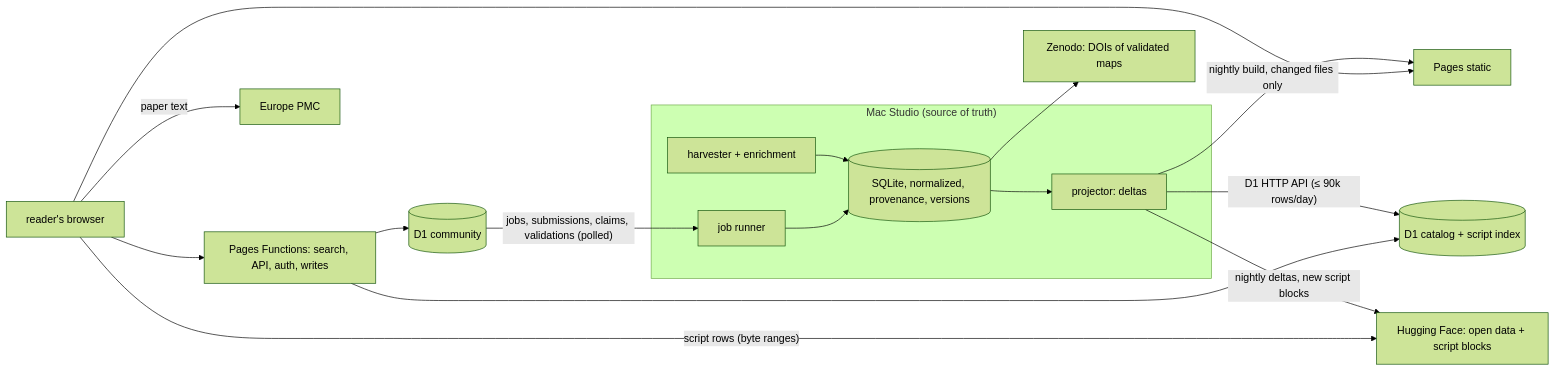
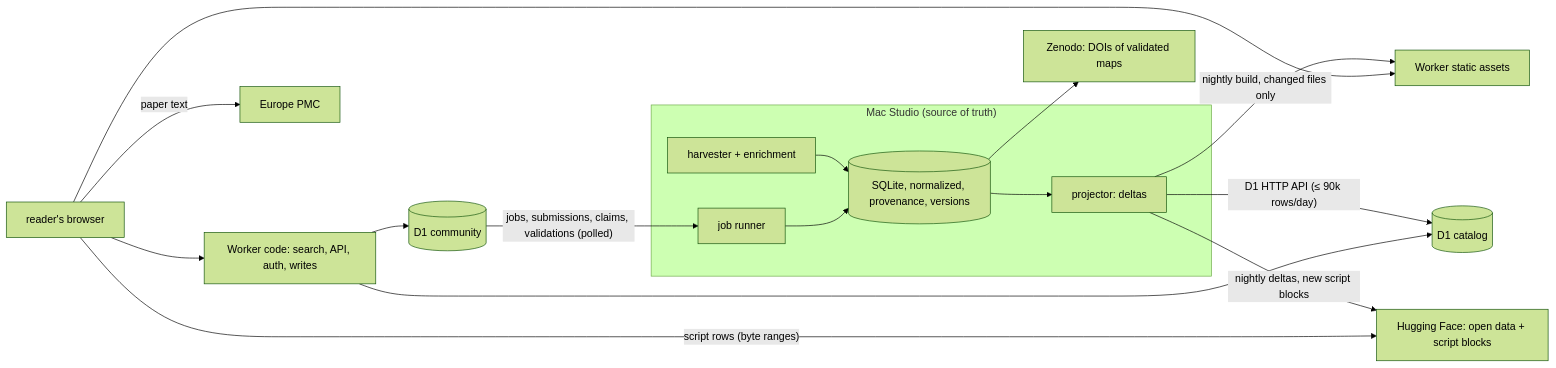
One commit to NeuraCrypt/OSCR changed the diagram in docs/PLATFORM_PLAN.md. Above: the diagram before and after it, drawn with Mermaid (forest theme). The commit also changed other lines of this file and 29 other files, not shown here.

````diff
--- a/docs/PLATFORM_PLAN.md
+++ b/docs/PLATFORM_PLAN.md
@@ -136,19 +136,19 @@
 ```mermaid
 flowchart LR
   subgraph Mac["Mac Studio (source of truth)"]
     H[harvester + enrichment] --> DB[(SQLite, normalized, provenance, versions)]
     DB --> P[projector: deltas]
     J[job runner] --> DB
   end
-  P -- "D1 HTTP API (≤ 90k rows/day)" --> C[(D1 catalog + script index)]
-  P -- "nightly build, changed files only" --> S[Pages static]
+  P -- "D1 HTTP API (≤ 90k rows/day)" --> C[(D1 catalog)]
+  P -- "nightly build, changed files only" --> S[Worker static assets]
   P -- "nightly deltas, new script blocks" --> HF[Hugging Face: open data + script blocks]
   U[(D1 community)] -- "jobs, submissions, claims, validations (polled)" --> J
-  W[Pages Functions: search, API, auth, writes] --> C
+  W[Worker code: search, API, auth, writes] --> C
   W --> U
   B[reader's browser] --> S
   B --> W
   B -- "paper text" --> EPMC[Europe PMC]
   B -- "script rows (byte ranges)" --> HF
   DB --> Z[Zenodo: DOIs of validated maps]
 ```
````
